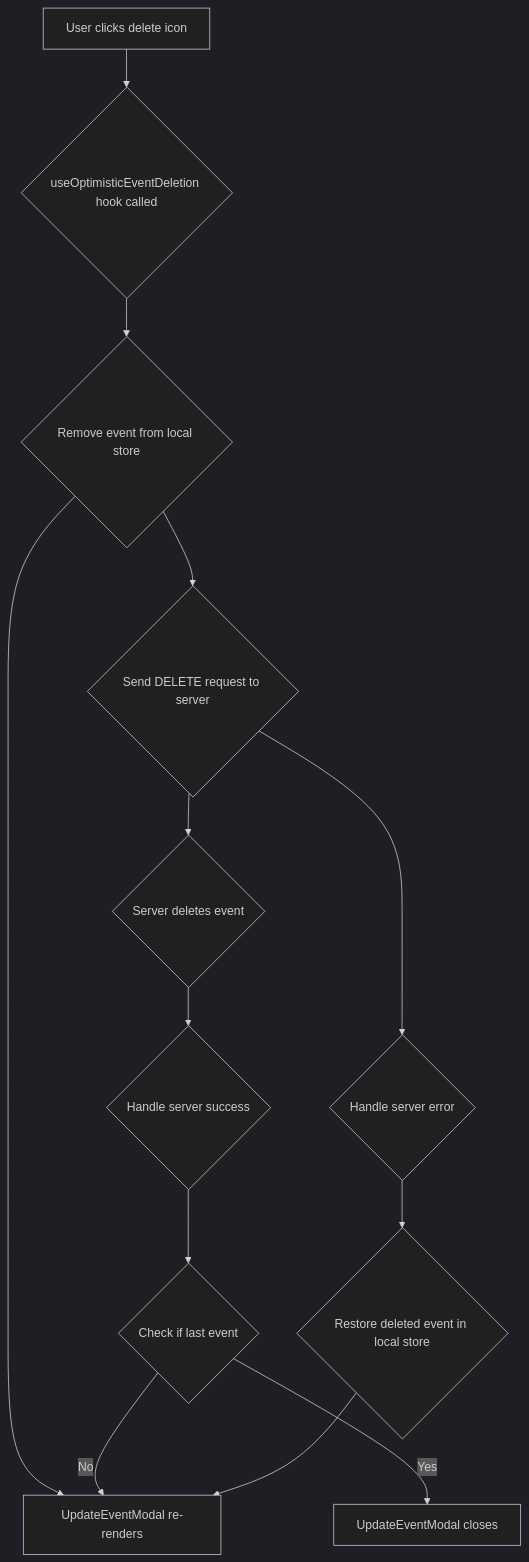
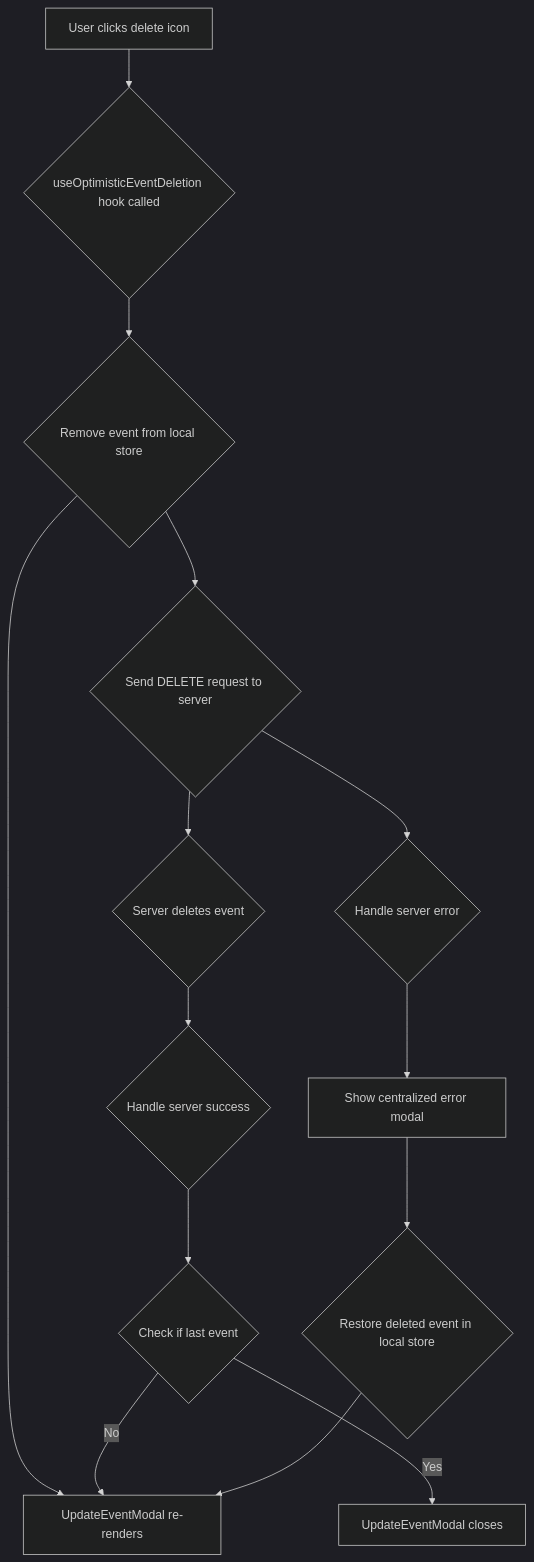
The third of 5 diagrams in README.md (smoothdev35/print-calendar-2025), drawn with Mermaid (dark theme) before and after one commit. The commit also changed other lines of this file and 15 other files, not shown here.

First line of the commit message:
feat(forms): implement standardized form handling and centralized error modal

````diff
--- a/README.md
+++ b/README.md
@@ -183,15 +227,16 @@
 ```mermaid
 graph TD
     A[User clicks delete icon] --> B{useOptimisticEventDeletion hook called};
     B --> C{Remove event from local store};
     C --> D[UpdateEventModal re-renders];
     C --> E{Send DELETE request to server};
     E --> F{Server deletes event};
     F --> G{Handle server success};
     G --> H{Check if last event};
     H -- Yes --> I[UpdateEventModal closes];
     H -- No --> D;
     E --> J{Handle server error};
-    J --> K{Restore deleted event in local store};
+    J --> ShowErrorModal[Show centralized error modal];
+    ShowErrorModal --> K{Restore deleted event in local store};
     K --> D;
 ```
````
